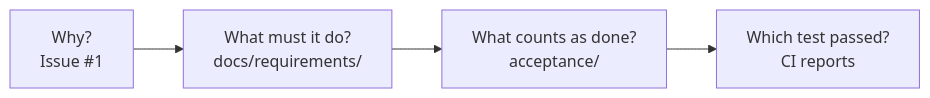
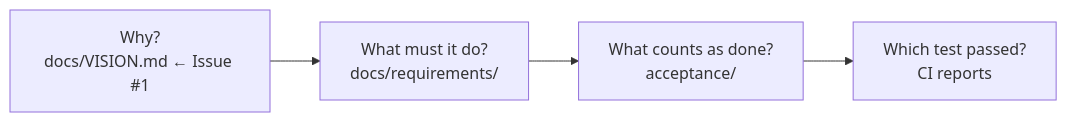
One commit to Felix-Hummert/atelier-2 changed the diagram in docs/README.md. Above: the diagram before and after it, drawn with Mermaid. The commit also changed other lines of this file and 8 other files, not shown here.

````diff
--- a/docs/README.md
+++ b/docs/README.md
@@ -32,8 +32,8 @@
 ```mermaid
 flowchart LR
-  why["Why?<br/>Issue #1"]
+  why["Why?<br/>docs/VISION.md ← Issue #1"]
   what["What must it do?<br/>docs/requirements/"]
   proof["What counts as done?<br/>acceptance/"]
   test["Which test passed?<br/>CI reports"]
   why --> what --> proof --> test
 ```
````
